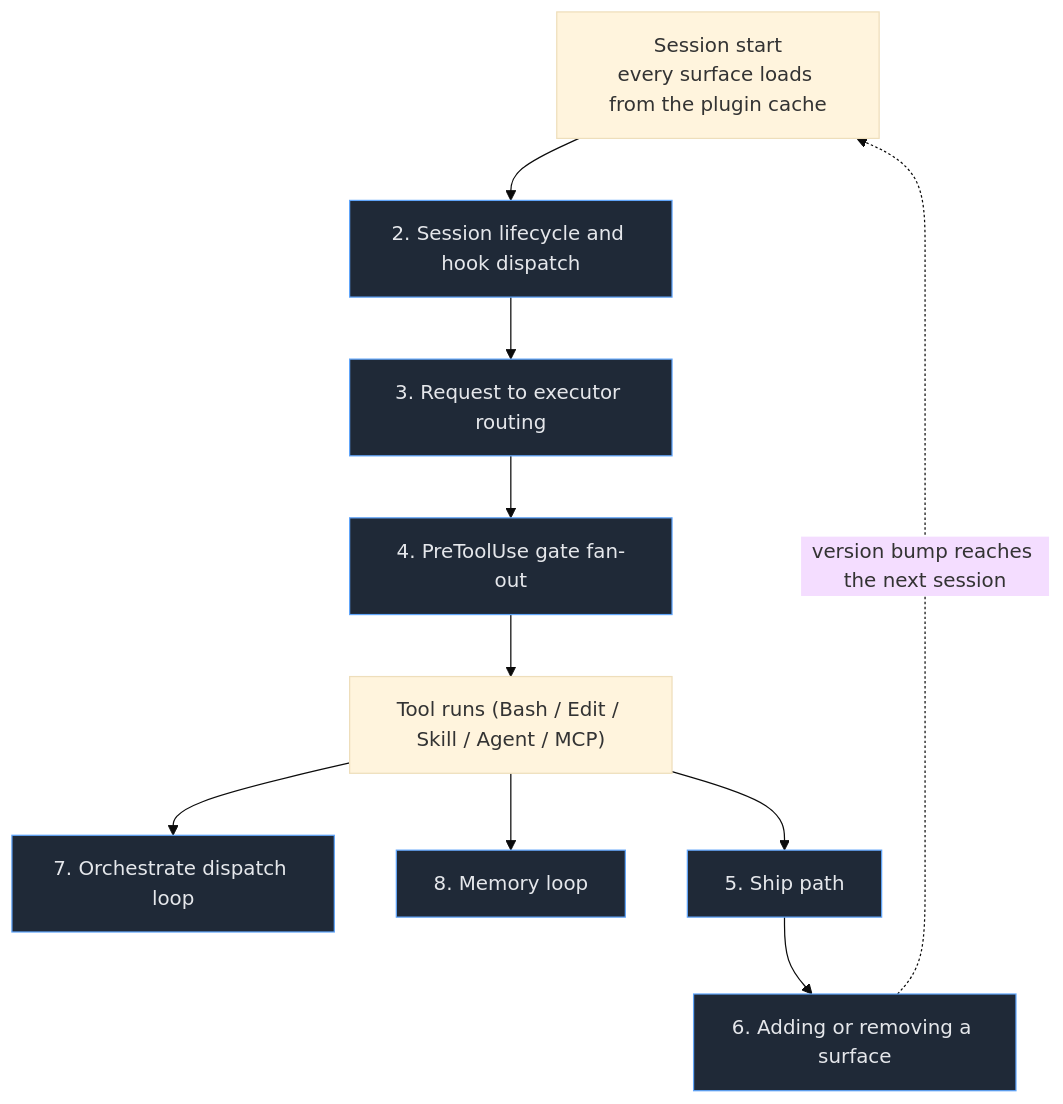
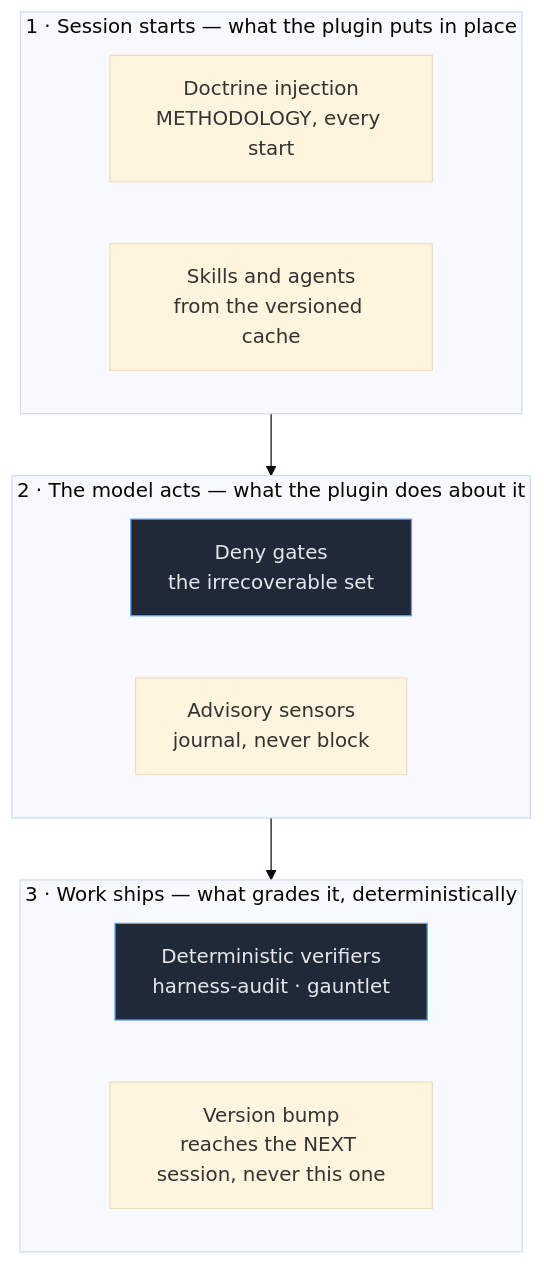
One commit to wasikarn/matt-harness changed the diagram in README.md. Above: the diagram before and after it, drawn with Mermaid (base theme). The commit also changed other lines of this file and 2 other files, not shown here.

Commit message:
docs: reframe the overall diagram around the plugin, not the host
Corrected on user feedback: the previous overall map was Claude Code's own
request lifecycle — session start, hook dispatch, routing, tool call. That is
the host's machinery; this plugin only attaches to it, and sections 2 to 4
already document those parts individually.

The overall map is now the plugin's own main work, in the three moments it acts
on a session:

  before  — inject METHODOLOGY, load skills and agents from the cache
  during  — deny the irrecoverable set, journal the rest without blocking
  after   — grade with harness-audit and the gauntlet; ship on a version bump

The two focal boxes carry the thesis rather than decorating it: deny gates and
deterministic verifiers are the only things in the picture that are not the
model. A model grading its own output is two optimists agreeing, so the gate is
never a model and neither is the verifier.

The mermaid mirror drops the back-edge to the first band. Mermaid ranks the
target of a back-edge above its source, which rendered the bands 3-1-2; the
loop is stated in the prose and drawn properly in the SVG instead.

````diff
--- a/README.md
+++ b/README.md
@@ -72,16 +72,23 @@
 ```mermaid
 flowchart TB
-    A["Session start<br/>every surface loads from the plugin cache"]
-    A --> B["2. Session lifecycle and hook dispatch"]
-    B --> C["3. Request to executor routing"]
-    C --> D["4. PreToolUse gate fan-out"]
-    D --> E["Tool runs (Bash / Edit / Skill / Agent / MCP)"]
-    E --> F["7. Orchestrate dispatch loop"]
-    E --> G["8. Memory loop"]
-    E --> H["5. Ship path"]
-    H --> I["6. Adding or removing a surface"]
-    I -.->|"version bump reaches the next session"| A
+    subgraph BEFORE["1 · Session starts — what the plugin puts in place"]
+        direction LR
+        D["Doctrine injection<br/>METHODOLOGY, every start"]
+        SU["Skills and agents<br/>from the versioned cache"]
+    end
+    subgraph DURING["2 · The model acts — what the plugin does about it"]
+        direction LR
+        G["Deny gates<br/>the irrecoverable set"]
+        SE["Advisory sensors<br/>journal, never block"]
+    end
+    subgraph AFTER["3 · Work ships — what grades it, deterministically"]
+        direction LR
+        V["Deterministic verifiers<br/>harness-audit · gauntlet"]
+        B["Version bump<br/>reaches the NEXT session, never this one"]
+    end
 
-    classDef sec fill:#1f2937,stroke:#60a5fa,color:#e5e7eb
-    class B,C,D,F,G,H,I sec
+    BEFORE --> DURING --> AFTER
+
+    classDef det fill:#1f2937,stroke:#60a5fa,color:#e5e7eb
+    class G,V det
 ```
````
